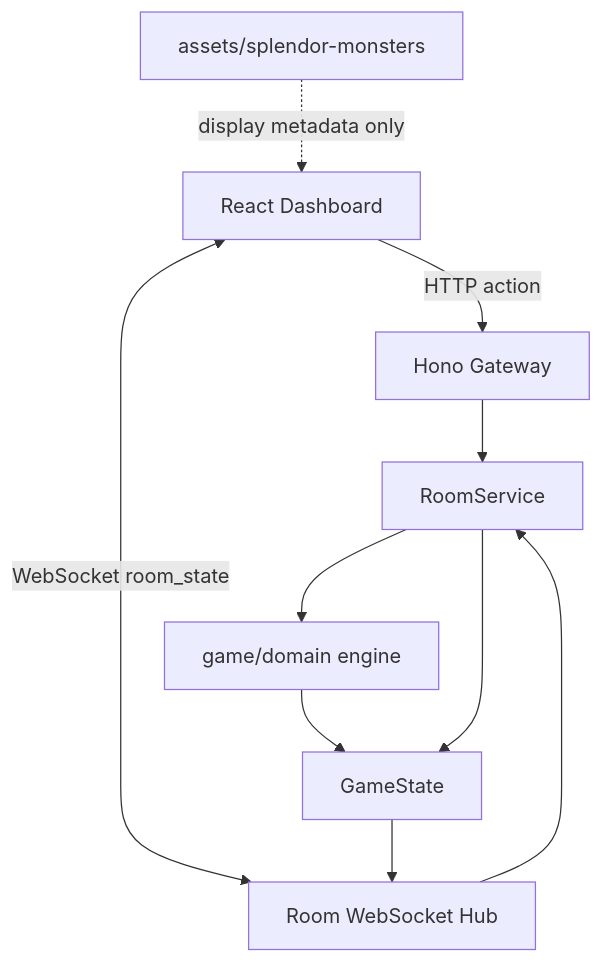
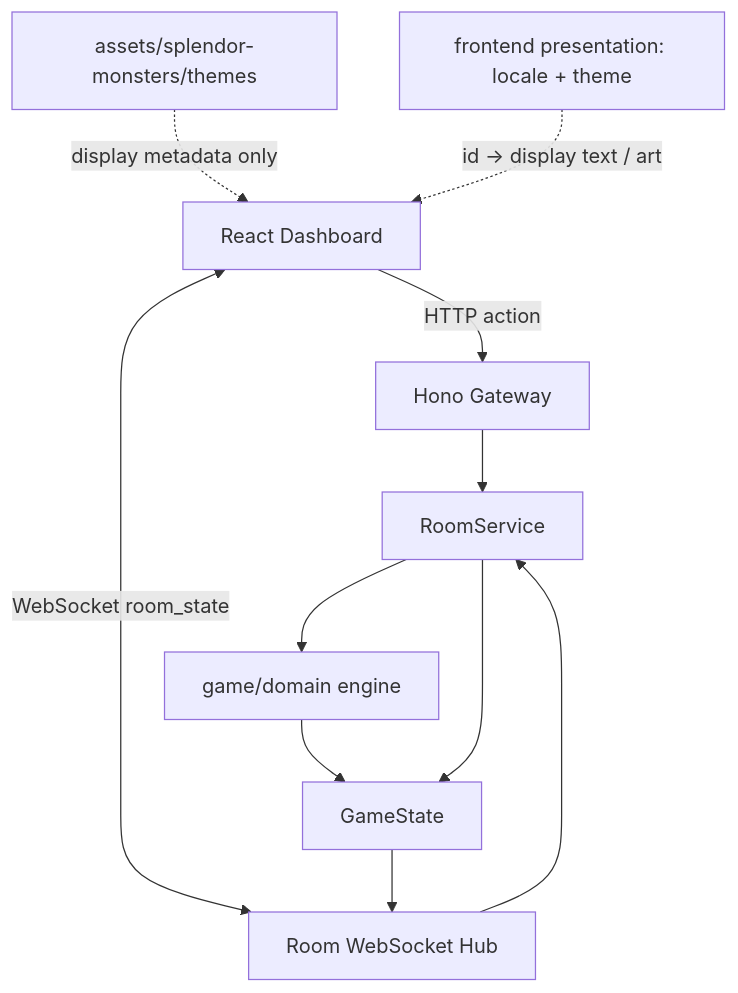
Before and after one commit to Lyinsun/splendor-ts: the first of 2 diagrams in docs/架构设计.md, drawn with Mermaid. The commit also changed other lines of this file and 13 other files, not shown here.

Commit message:
feat: add locale and theme switching

````diff
--- a/docs/架构设计.md
+++ b/docs/架构设计.md
@@ -17,12 +17,13 @@
 ```mermaid
 flowchart TD
     Browser["React Dashboard"] -->|HTTP action| Gateway["Hono Gateway"]
     Browser <-->|WebSocket room_state| WSHub["Room WebSocket Hub"]
     Gateway --> RoomService["RoomService"]
     WSHub --> RoomService
     RoomService --> Engine["game/domain engine"]
     Engine --> State["GameState"]
     RoomService --> State
     State --> WSHub
-    Assets["assets/splendor-monsters"] -. "display metadata only" .-> Browser
+    Assets["assets/splendor-monsters/themes"] -. "display metadata only" .-> Browser
+    Presentation["frontend presentation: locale + theme"] -. "id -> display text / art" .-> Browser
 ```
````
